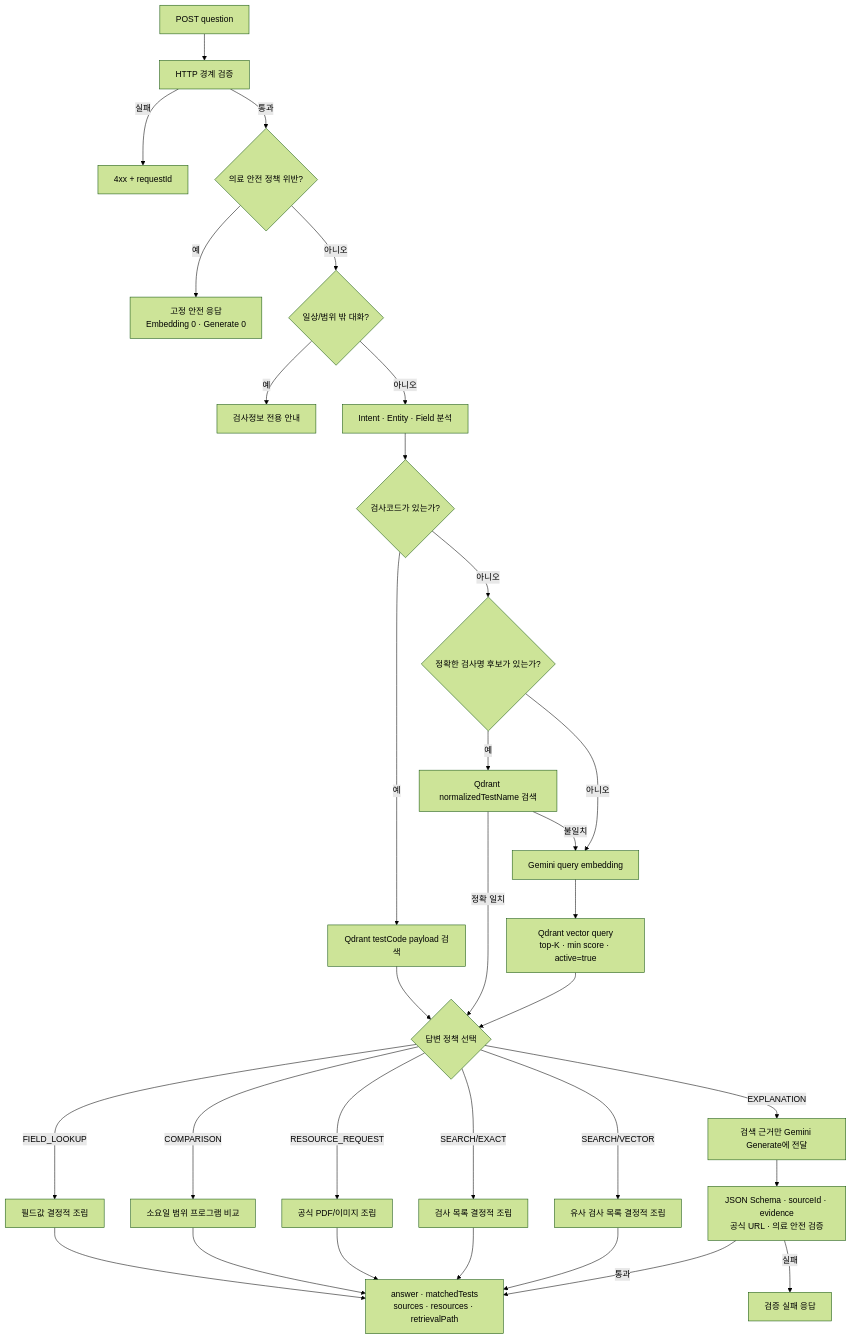
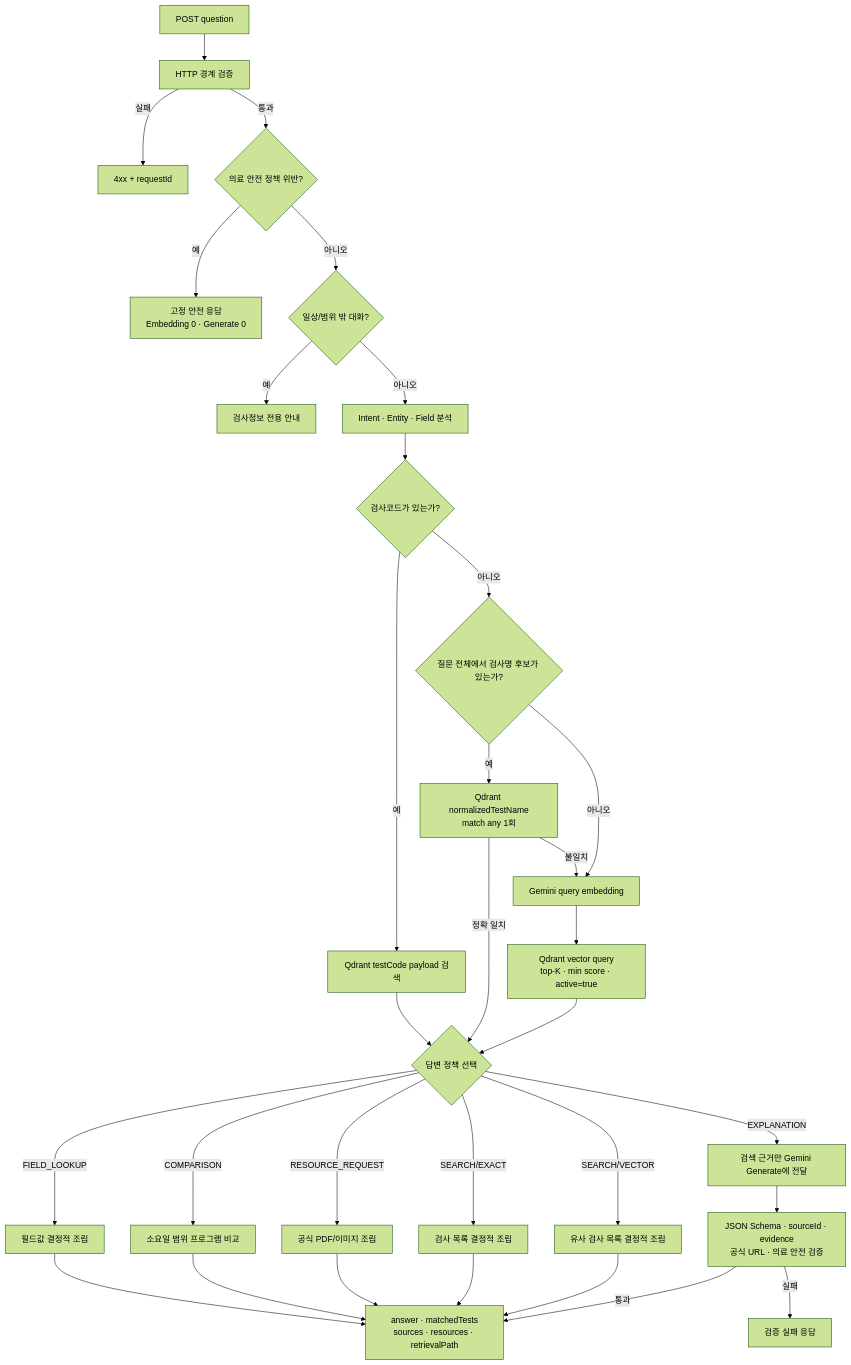
The second of 4 diagrams in architecture.md (gunsoo0920/scl-rag-chatbot), drawn with Mermaid (forest theme) before and after one commit. The commit also changed other lines of this file and 9 other files, not shown here.

Commit message:
fix: improve exact test name routing

````diff
--- a/architecture.md
+++ b/architecture.md
@@ -77,37 +77,37 @@
 ```mermaid
 flowchart TD
     REQUEST["POST question"] --> HTTP["HTTP 경계 검증"]
     HTTP -->|실패| HTTP_ERROR["4xx + requestId"]
     HTTP -->|통과| SAFE{"의료 안전 정책 위반?"}
     SAFE -->|예| BLOCKED["고정 안전 응답<br/>Embedding 0 · Generate 0"]
     SAFE -->|아니오| CASUAL{"일상/범위 밖 대화?"}
     CASUAL -->|예| SCOPE["검사정보 전용 안내"]
     CASUAL -->|아니오| ANALYZE["Intent · Entity · Field 분석"]
 
     ANALYZE --> CODE{"검사코드가 있는가?"}
     CODE -->|예| CODE_SEARCH["Qdrant testCode payload 검색"]
-    CODE -->|아니오| NAME{"정확한 검사명 후보가 있는가?"}
-    NAME -->|예| NAME_SEARCH["Qdrant normalizedTestName 검색"]
+    CODE -->|아니오| NAME{"질문 전체에서 검사명 후보가 있는가?"}
+    NAME -->|예| NAME_SEARCH["Qdrant normalizedTestName<br/>match any 1회"]
     NAME_SEARCH -->|정확 일치| SELECT
     NAME_SEARCH -->|불일치| VECTOR
     NAME -->|아니오| VECTOR["Gemini query embedding"]
     VECTOR --> VECTOR_SEARCH["Qdrant vector query<br/>top-K · min score · active=true"]
     CODE_SEARCH --> SELECT{"답변 정책 선택"}
     VECTOR_SEARCH --> SELECT
 
     SELECT -->|FIELD_LOOKUP| FIELD["필드값 결정적 조립"]
     SELECT -->|COMPARISON| COMPARE["소요일 범위 프로그램 비교"]
     SELECT -->|RESOURCE_REQUEST| RESOURCE["공식 PDF/이미지 조립"]
     SELECT -->|SEARCH/EXACT| EXACT["검사 목록 결정적 조립"]
     SELECT -->|SEARCH/VECTOR| SEMANTIC["유사 검사 목록 결정적 조립"]
     SELECT -->|EXPLANATION| GEN["검색 근거만 Gemini Generate에 전달"]
     GEN --> VALIDATE["JSON Schema · sourceId · evidence<br/>공식 URL · 의료 안전 검증"]
 
     FIELD --> RESPONSE
     COMPARE --> RESPONSE
     RESOURCE --> RESPONSE
     EXACT --> RESPONSE
     SEMANTIC --> RESPONSE
     VALIDATE -->|통과| RESPONSE["answer · matchedTests<br/>sources · resources · retrievalPath"]
     VALIDATE -->|실패| SAFE_ERROR["검증 실패 응답"]
 ```
````
